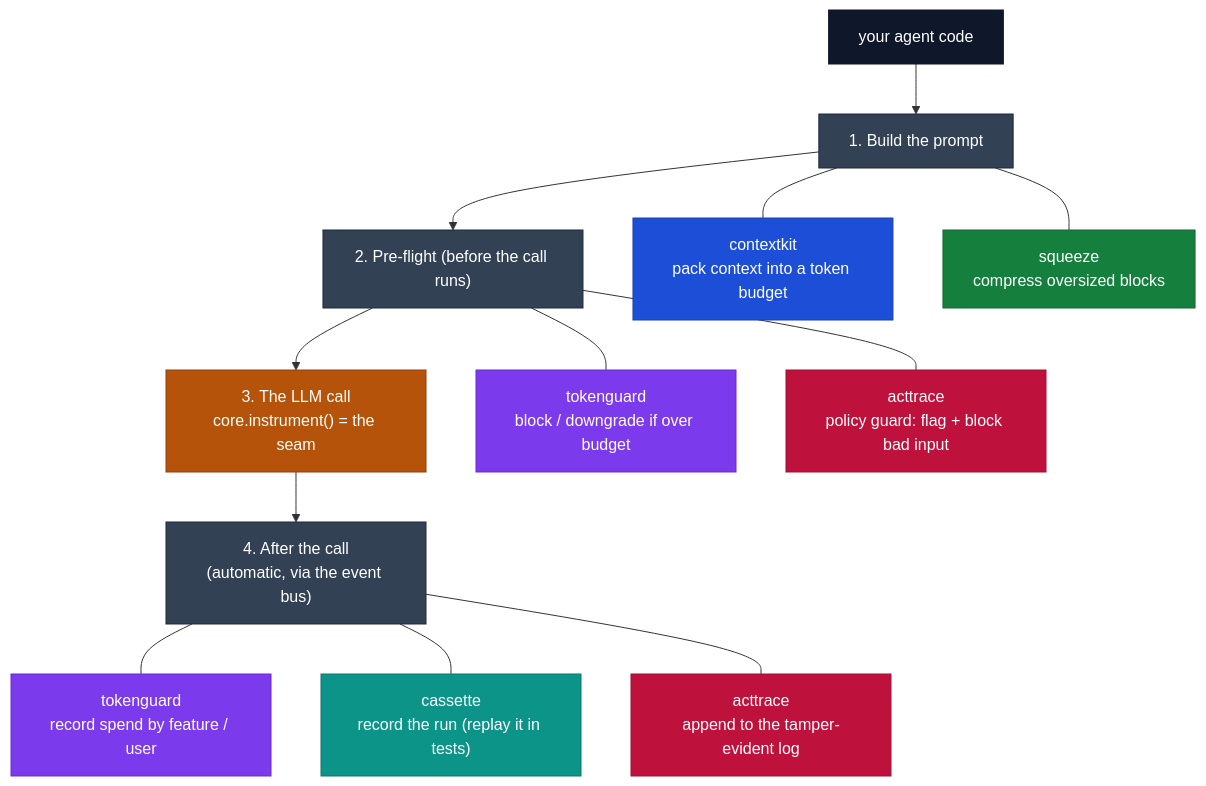
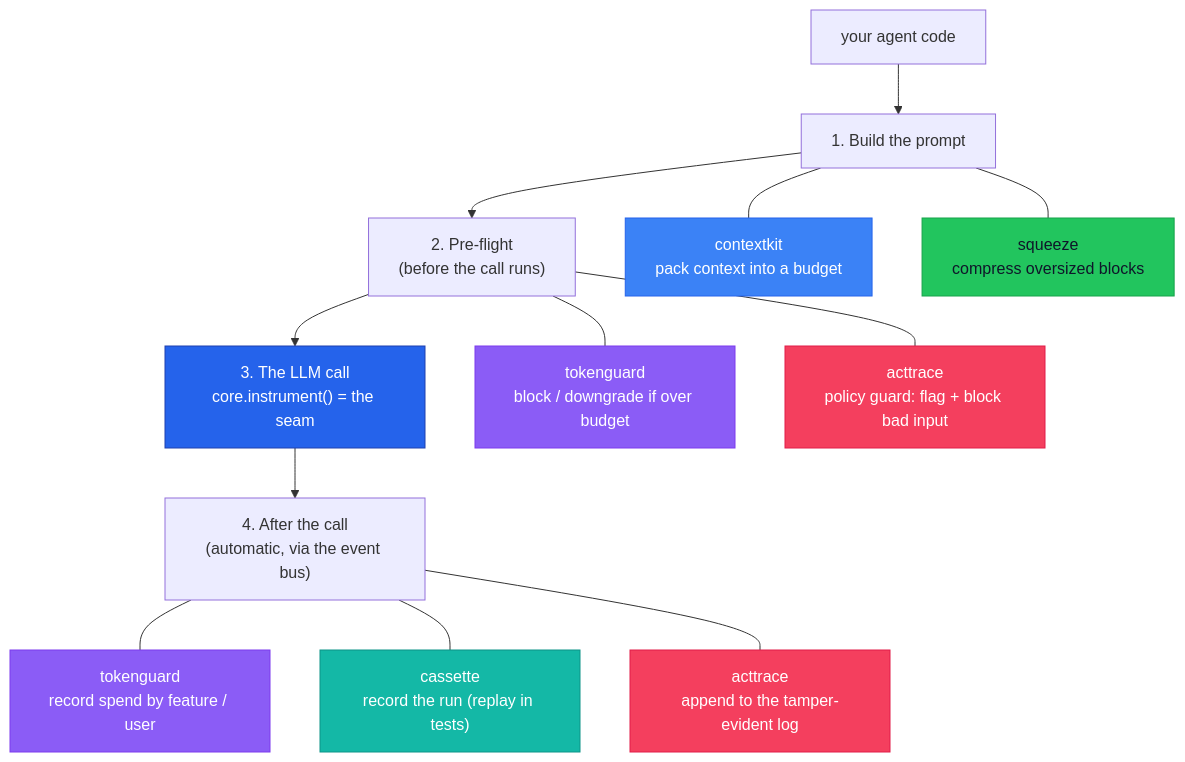
One commit to cendorhq/cendor-libs changed the diagram in README.md. Above: the diagram before and after it, drawn with Mermaid. The commit also changed other lines of this file and 14 other files, not shown here.

````diff
--- a/README.md
+++ b/README.md
@@ -44,39 +44,32 @@
 ```mermaid
+%%{init: {"flowchart": {"htmlLabels": false}} }%%
 graph TD
     YOU["your agent code"]
     B["1. Build the prompt"]
-    PRE["2. Pre-flight (before the call runs)"]
+    PRE["2. Pre-flight<br/>(before the call runs)"]
     CALL["3. The LLM call<br/>core.instrument() = the seam"]
     POST["4. After the call<br/>(automatic, via the event bus)"]
 
-    YOU --> B
-    B --> PRE
-    PRE --> CALL
-    CALL --> POST
+    YOU --> B --> PRE --> CALL --> POST
 
-    B --- CK["contextkit<br/>pack context into a token budget"]
+    B --- CK["contextkit<br/>pack context into a budget"]
     B --- SQ["squeeze<br/>compress oversized blocks"]
     PRE --- TG1["tokenguard<br/>block / downgrade if over budget"]
     PRE --- AT1["acttrace<br/>policy guard: flag + block bad input"]
     POST --- TG2["tokenguard<br/>record spend by feature / user"]
-    POST --- CS["cassette<br/>record the run (replay it in tests)"]
+    POST --- CS["cassette<br/>record the run (replay in tests)"]
     POST --- AT2["acttrace<br/>append to the tamper-evident log"]
 
-    classDef you fill:#0f172a,stroke:#0f172a,color:#ffffff;
-    classDef phase fill:#334155,stroke:#1e293b,color:#ffffff;
-    classDef seam fill:#b45309,stroke:#92400e,color:#ffffff;
-    classDef ck fill:#1d4ed8,stroke:#1e40af,color:#ffffff;
-    classDef sq fill:#15803d,stroke:#166534,color:#ffffff;
-    classDef tg fill:#7c3aed,stroke:#6d28d9,color:#ffffff;
-    classDef cs fill:#0d9488,stroke:#0f766e,color:#ffffff;
-    classDef at fill:#be123c,stroke:#9f1239,color:#ffffff;
-
-    class YOU you;
-    class B,PRE,POST phase;
+    classDef seam fill:#2563EB,color:#ffffff,stroke:#1E40AF;
+    classDef ck fill:#3B82F6,color:#ffffff,stroke:#2563EB;
+    classDef sq fill:#22C55E,color:#0F172A,stroke:#16A34A;
+    classDef tg fill:#8B5CF6,color:#ffffff,stroke:#7C3AED;
+    classDef cs fill:#14B8A6,color:#ffffff,stroke:#0D9488;
+    classDef at fill:#F43F5E,color:#ffffff,stroke:#E11D48;
     class CALL seam;
     class CK ck;
     class SQ sq;
     class TG1,TG2 tg;
+    class CS cs;
     class AT1,AT2 at;
-    class CS cs;
 ```
````
